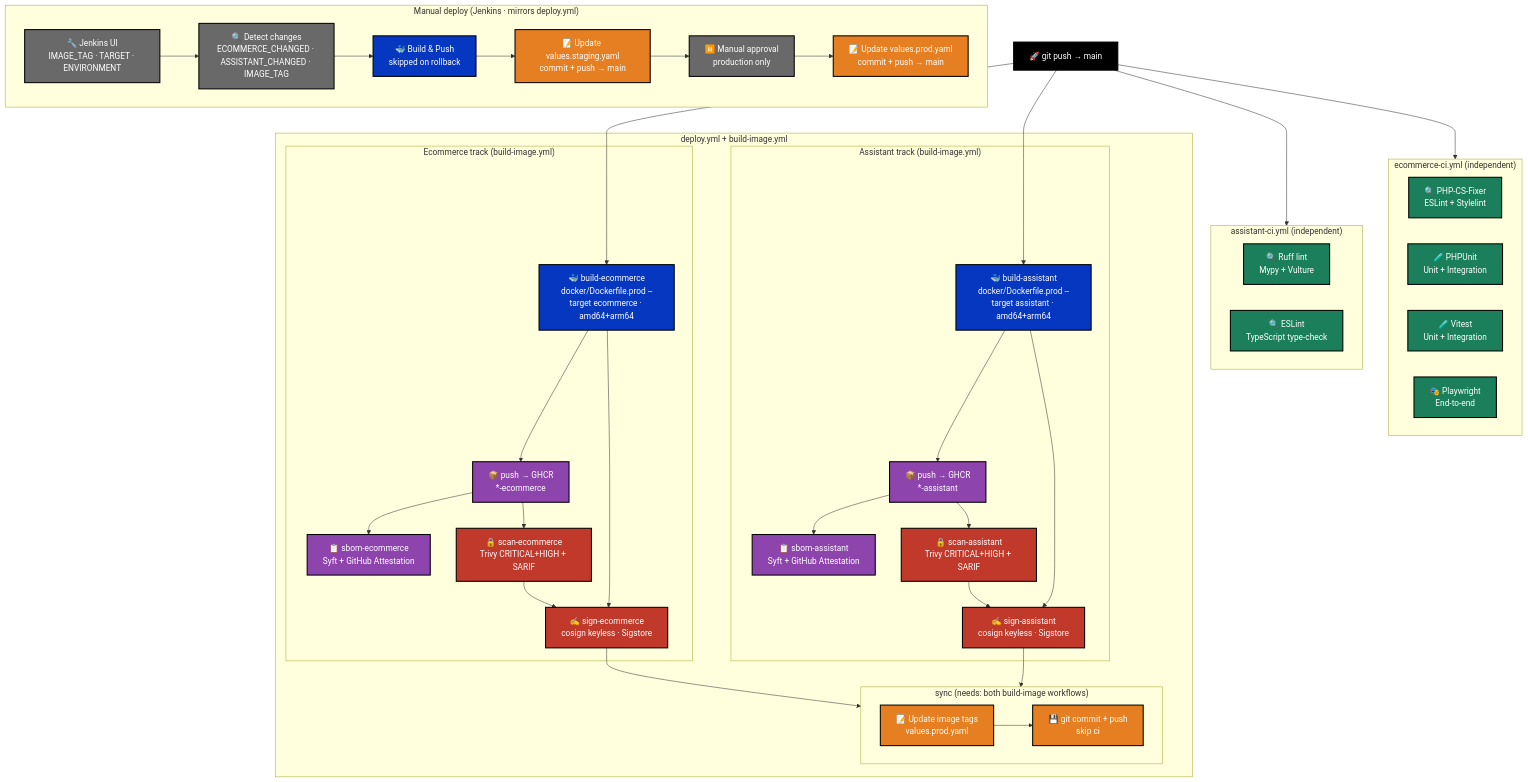
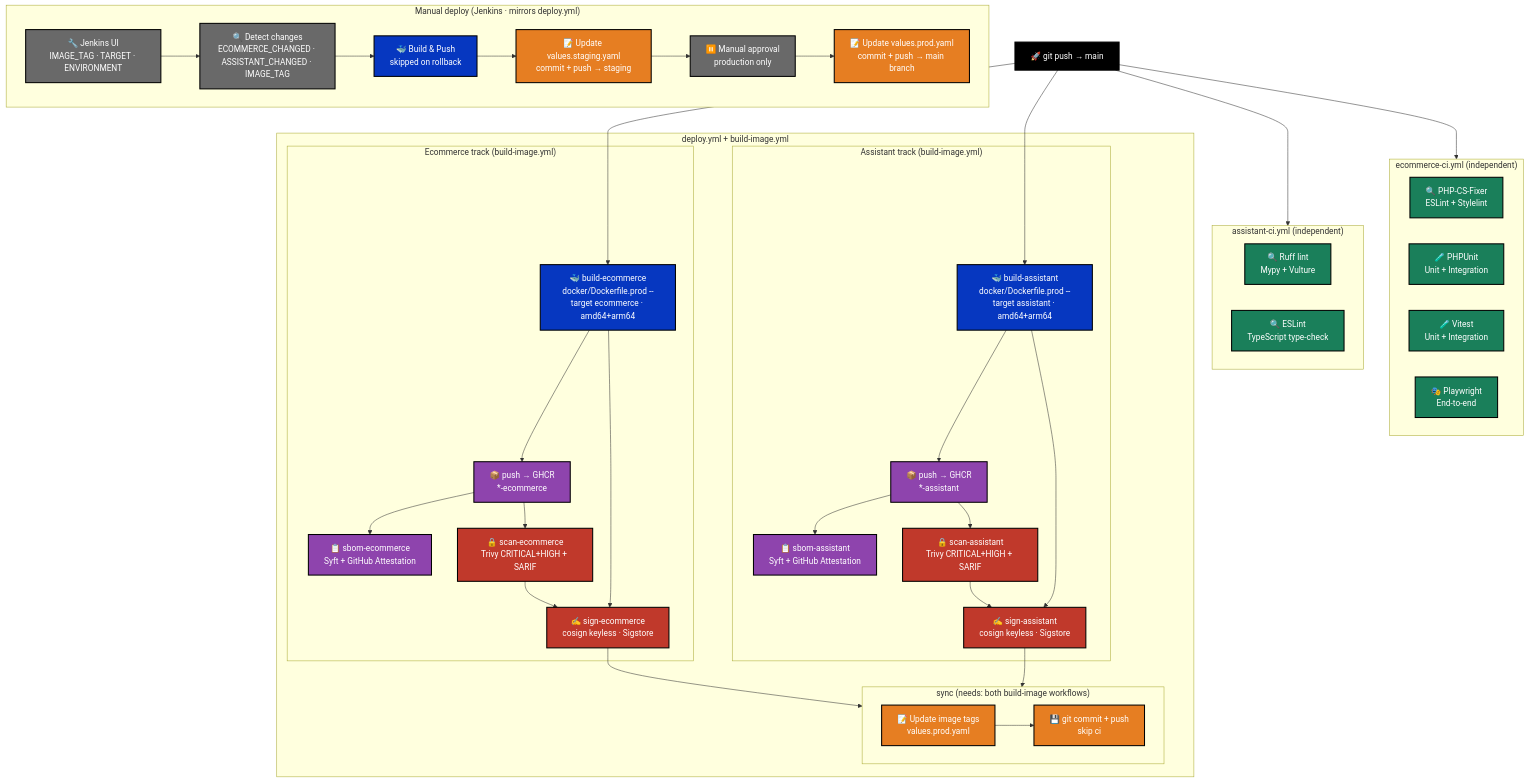
One commit to developer-samuel/levelup-store changed the diagram in docs/diagrams/graphs/architecture/deployment.mmd. Above: the diagram before and after it, drawn with Mermaid. The commit also changed 5 other files, not shown here.

Commit message:
docs: update diagrams and deployment docs to reflect staging branch and missing workflows

```diff
--- a/docs/diagrams/graphs/architecture/deployment.mmd
+++ b/docs/diagrams/graphs/architecture/deployment.mmd
@@ -1,97 +1,97 @@
 graph TD
     %% CI/CD deployment pipeline
     %% Automated: deploy.yml (GitHub Actions) orchestrates via build-image.yml
     %% Manual:    Jenkins (Jenkinsfile) - mirrors deploy.yml, adds staging + approval gate
     %% EcommerceTrack + AssistantTrack run inside build-image.yml
     %% ecommerce-ci.yml + assistant-ci.yml run independently (not gates)
 
     classDef trigger  fill:#000,    color:#fff, stroke:#000, stroke-width:2px;
     classDef ci       fill:#1a7f5a, color:#fff, stroke:#000, stroke-width:2px;
     classDef build    fill:#0637c0, color:#fff, stroke:#000, stroke-width:2px;
     classDef security fill:#c0392b, color:#fff, stroke:#000, stroke-width:2px;
     classDef sbom     fill:#8e44ad, color:#fff, stroke:#000, stroke-width:2px;
     classDef registry fill:#8e44ad, color:#fff, stroke:#000, stroke-width:2px;
     classDef gitops   fill:#e67e22, color:#fff, stroke:#000, stroke-width:2px;
     classDef manual   fill:#696969, color:#fff, stroke:#000, stroke-width:2px;
 
     Push[🚀 git push → main]:::trigger
 
     %% ── Manual deploy ────────────────────────────────────────────────────────
 
     subgraph ManualDeploy["Manual deploy  (Jenkins · mirrors deploy.yml)"]
         JenkinsUI[🔧 Jenkins UI\nIMAGE_TAG · TARGET · ENVIRONMENT]:::manual
         JenkinsDetect[🔍 Detect changes\nECOMMERCE_CHANGED · ASSISTANT_CHANGED · IMAGE_TAG]:::manual
         JenkinsBuild[🐳 Build & Push\nskipped on rollback]:::build
-        JenkinsStaging[📝 Update values.staging.yaml\ncommit + push → main]:::gitops
+        JenkinsStaging[📝 Update values.staging.yaml\ncommit + push → staging]:::gitops
         JenkinsApproval[⏸️ Manual approval\nproduction only]:::manual
-        JenkinsProd[📝 Update values.prod.yaml\ncommit + push → main]:::gitops
+        JenkinsProd[📝 Update values.prod.yaml\ncommit + push → main branch]:::gitops
     end
 
     JenkinsUI      --> JenkinsDetect
     JenkinsDetect  --> JenkinsBuild
     JenkinsBuild   --> JenkinsStaging
     JenkinsStaging --> JenkinsApproval
     JenkinsApproval --> JenkinsProd
 
     %% ── Independent CI (not gates) ───────────────────────────────────────────
 
     subgraph EcommerceCIWorkflow["ecommerce-ci.yml  (independent)"]
         Lint[🔍 PHP-CS-Fixer\nESLint + Stylelint]:::ci
         PHPUnit[🧪 PHPUnit\nUnit + Integration]:::ci
         Vitest[🧪 Vitest\nUnit + Integration]:::ci
         Playwright[🎭 Playwright\nEnd-to-end]:::ci
     end
 
     subgraph AssistantCIWorkflow["assistant-ci.yml  (independent)"]
         AiLint[🔍 Ruff lint\nMypy + Vulture]:::ci
         AiFrontendLint[🔍 ESLint\nTypeScript type-check]:::ci
     end
 
     %% ── deploy.yml ───────────────────────────────────────────────────────────
 
     subgraph DeployWorkflow["deploy.yml + build-image.yml"]
 
         subgraph EcommerceTrack["Ecommerce track  (build-image.yml)"]
             BuildEcommerce[🐳 build-ecommerce\ndocker/Dockerfile.prod --target ecommerce · amd64+arm64]:::build
             GHCREcommerce[📦 push → GHCR\n*-ecommerce]:::registry
             SbomEcommerce[📋 sbom-ecommerce\nSyft + GitHub Attestation]:::sbom
             ScanEcommerce[🔒 scan-ecommerce\nTrivy CRITICAL+HIGH + SARIF]:::security
             SignEcommerce[✍️ sign-ecommerce\ncosign keyless · Sigstore]:::security
         end
 
         subgraph AssistantTrack["Assistant track  (build-image.yml)"]
             BuildAssistant[🐳 build-assistant\ndocker/Dockerfile.prod --target assistant · amd64+arm64]:::build
             GHCRAssistant[📦 push → GHCR\n*-assistant]:::registry
             SbomAssistant[📋 sbom-assistant\nSyft + GitHub Attestation]:::sbom
             ScanAssistant[🔒 scan-assistant\nTrivy CRITICAL+HIGH + SARIF]:::security
             SignAssistant[✍️ sign-assistant\ncosign keyless · Sigstore]:::security
         end
 
         subgraph SyncJob["sync  (needs: both build-image workflows)"]
             ValuesUpdate[📝 Update image tags\nvalues.prod.yaml]:::gitops
             GitCommit[💾 git commit + push\nskip ci]:::gitops
         end
 
     end
 
     Push --> EcommerceCIWorkflow
     Push --> AssistantCIWorkflow
     Push --> BuildEcommerce
     Push --> BuildAssistant
 
     BuildEcommerce --> GHCREcommerce
     GHCREcommerce  --> SbomEcommerce
     GHCREcommerce  --> ScanEcommerce
     ScanEcommerce  --> SignEcommerce
     BuildEcommerce --> SignEcommerce
 
     BuildAssistant --> GHCRAssistant
     GHCRAssistant  --> SbomAssistant
     GHCRAssistant  --> ScanAssistant
     ScanAssistant  --> SignAssistant
     BuildAssistant --> SignAssistant
 
     SignEcommerce --> SyncJob
     SignAssistant --> SyncJob
 
     ValuesUpdate --> GitCommit
```
